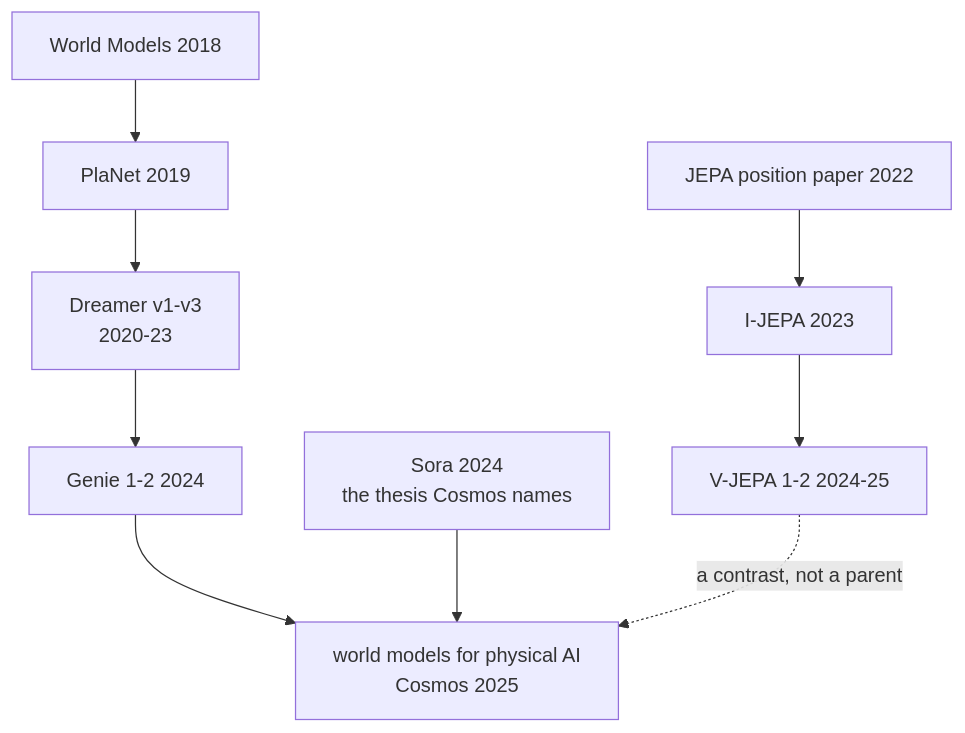
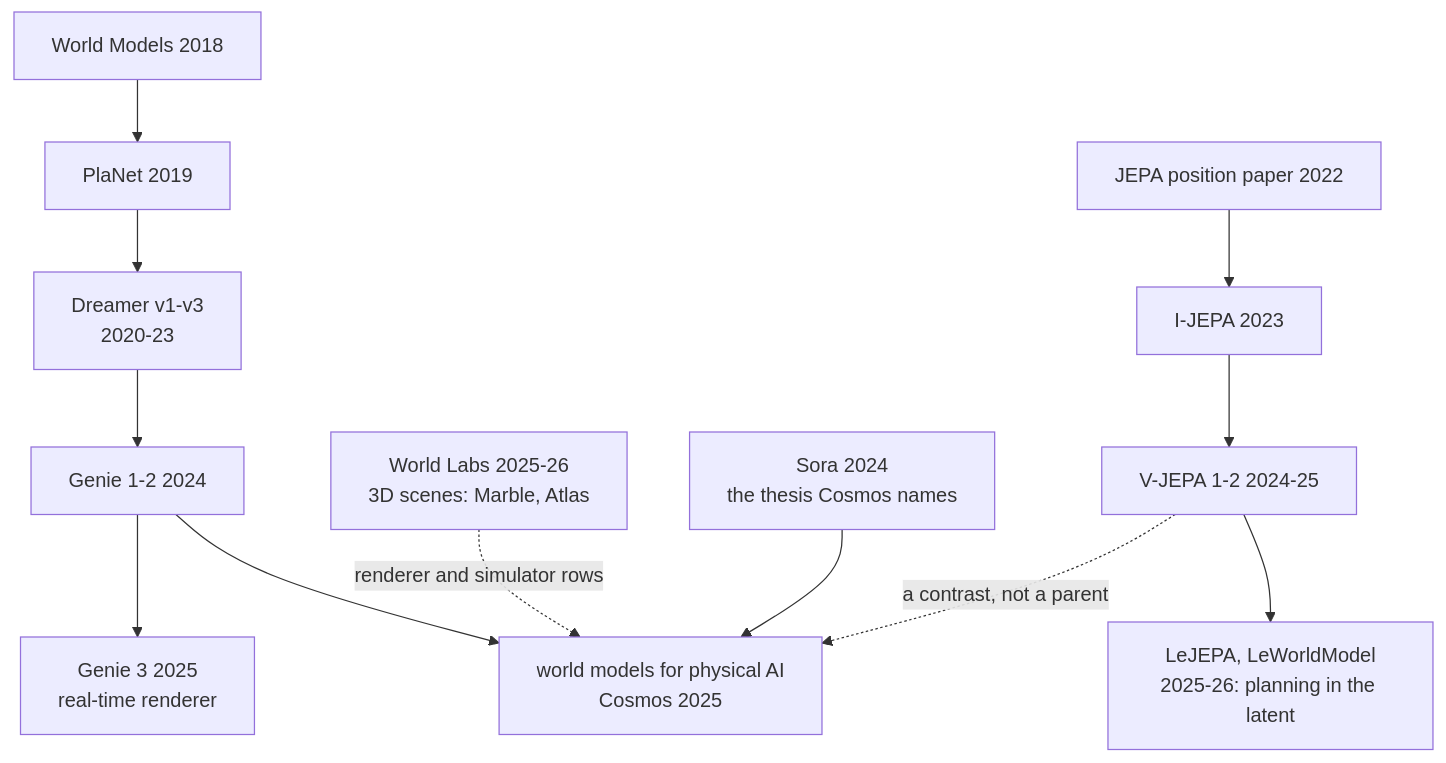
One commit to jiseop-byeon/phd-wiki changed the sixth of 12 diagrams in content/03-deep-learning/lineage.md. Above: the diagram before and after it, drawn with Mermaid. The commit also changed other lines of this file and 14 other files, not shown here.

First line of the commit message:
Sort world models into renderers, simulators and planners, and bring JEPA and Genie up to 2026

````diff
--- a/content/03-deep-learning/lineage.md
+++ b/content/03-deep-learning/lineage.md
@@ -107,11 +107,14 @@
 ```mermaid
 graph TD
     WME["World Models 2018"] --> PlaNetE["PlaNet 2019"]
     PlaNetE --> DreamerE["Dreamer v1-v3<br/>2020-23"]
     JEPAE["JEPA position paper 2022"] --> IJEPAE["I-JEPA 2023"]
     IJEPAE --> VJEPAE["V-JEPA 1-2 2024-25"]
+    VJEPAE --> LeWME["LeJEPA, LeWorldModel<br/>2025-26: planning in the latent"]
     DreamerE --> GenieE["Genie 1-2 2024"]
     GenieE --> PhysAIE["world models for physical AI<br/>Cosmos 2025"]
+    GenieE --> Genie3E["Genie 3 2025<br/>real-time renderer"]
+    WLE["World Labs 2025-26<br/>3D scenes: Marble, Atlas"] -. "renderer and simulator rows" .-> PhysAIE
     SoraE["Sora 2024<br/>the thesis Cosmos names"] --> PhysAIE
     VJEPAE -. "a contrast, not a parent" .-> PhysAIE
 ```
````
